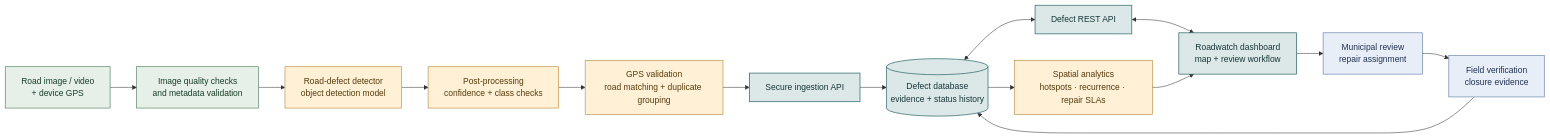
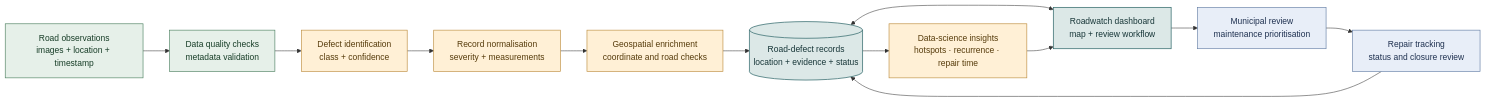
Before and after one commit to sidak-sethi/pothole-detection: the second of 2 diagrams in README.md, drawn with Mermaid. The commit also changed other lines of this file, not shown here.

````diff
--- a/README.md
+++ b/README.md
@@ -126,25 +106,23 @@
 ```mermaid
 flowchart LR
-    CAPTURE["Road image / video<br/>+ device GPS"] --> QC["Image quality checks<br/>and metadata validation"]
-    QC --> MODEL["Road-defect detector<br/>object detection model"]
-    MODEL --> POST["Post-processing<br/>confidence + class checks"]
-    POST --> GEO["GPS validation<br/>road matching + duplicate grouping"]
-    GEO --> API["Secure ingestion API"]
-    API --> DB[("Defect database<br/>evidence + status history")]
-    DB <--> REST["Defect REST API"]
-    REST <--> UI["Roadwatch dashboard<br/>map + review workflow"]
-    UI --> HUMAN["Municipal review<br/>repair assignment"]
-    HUMAN --> VERIFY["Field verification<br/>closure evidence"]
-    VERIFY --> DB
-    DB --> ANALYTICS["Spatial analytics<br/>hotspots · recurrence · repair SLAs"]
+    CAPTURE["Road observations<br/>images + location + timestamp"] --> QC["Data quality checks<br/>metadata validation"]
+    QC --> MODEL["Defect identification<br/>class + confidence"]
+    MODEL --> POST["Record normalisation<br/>severity + measurements"]
+    POST --> GEO["Geospatial enrichment<br/>coordinate and road checks"]
+    GEO --> RECORDS[("Road-defect records<br/>location + evidence + status")]
+    RECORDS <--> UI["Roadwatch dashboard<br/>map + review workflow"]
+    UI --> HUMAN["Municipal review<br/>maintenance prioritisation"]
+    HUMAN --> VERIFY["Repair tracking<br/>status and closure review"]
+    VERIFY --> RECORDS
+    RECORDS --> ANALYTICS["Data-science insights<br/>hotspots · recurrence · repair time"]
     ANALYTICS --> UI
 
     classDef capture fill:#e6f0e9,stroke:#4d8061,color:#173d27,stroke-width:1.2px;
     classDef intelligence fill:#fff0d6,stroke:#bd8d3f,color:#563b0b,stroke-width:1.2px;
     classDef platform fill:#dce8e7,stroke:#356c6e,color:#173638,stroke-width:1.4px;
     classDef human fill:#e8eef8,stroke:#647ea5,color:#1f3150,stroke-width:1.2px;
     class CAPTURE,QC capture;
     class MODEL,POST,GEO,ANALYTICS intelligence;
-    class API,DB,REST,UI platform;
+    class RECORDS,UI platform;
     class HUMAN,VERIFY human;
 ```
````
